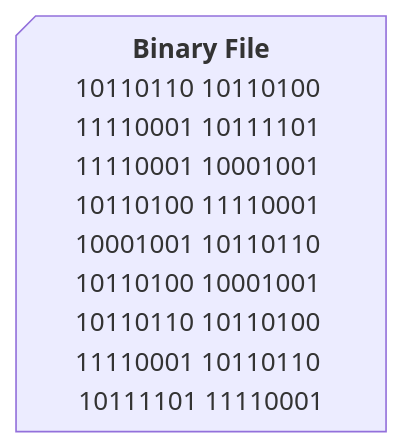
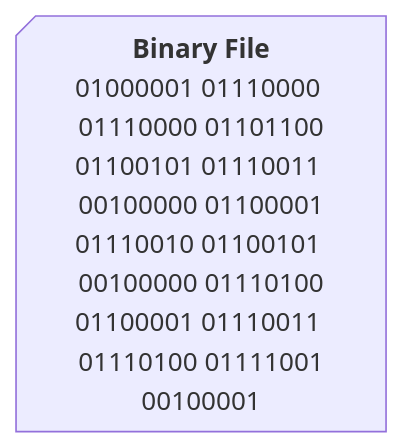
The second of 7 diagrams in files.md (andrew-pyle/HU-COMP-1510), drawn with Mermaid before and after one commit. The commit also changed other lines of this file and 1 other file, not shown here.

````diff
--- a/files.md
+++ b/files.md
@@ -62,6 +66,10 @@
 ```mermaid
 flowchart LR
     A@{ shape: card, label: "**Binary File**
-        10110110 10110100 11110001 10111101 11110001 10001001 10110100 11110001 10001001 10110110 10110100 10001001 10110110 10110100 11110001 10110110 10111101 11110001
+        01000001 01110000 01110000 01101100
+        01100101 01110011 00100000 01100001
+        01110010 01100101 00100000 01110100
+        01100001 01110011 01110100 01111001
+        00100001
     " }
 ```
````
